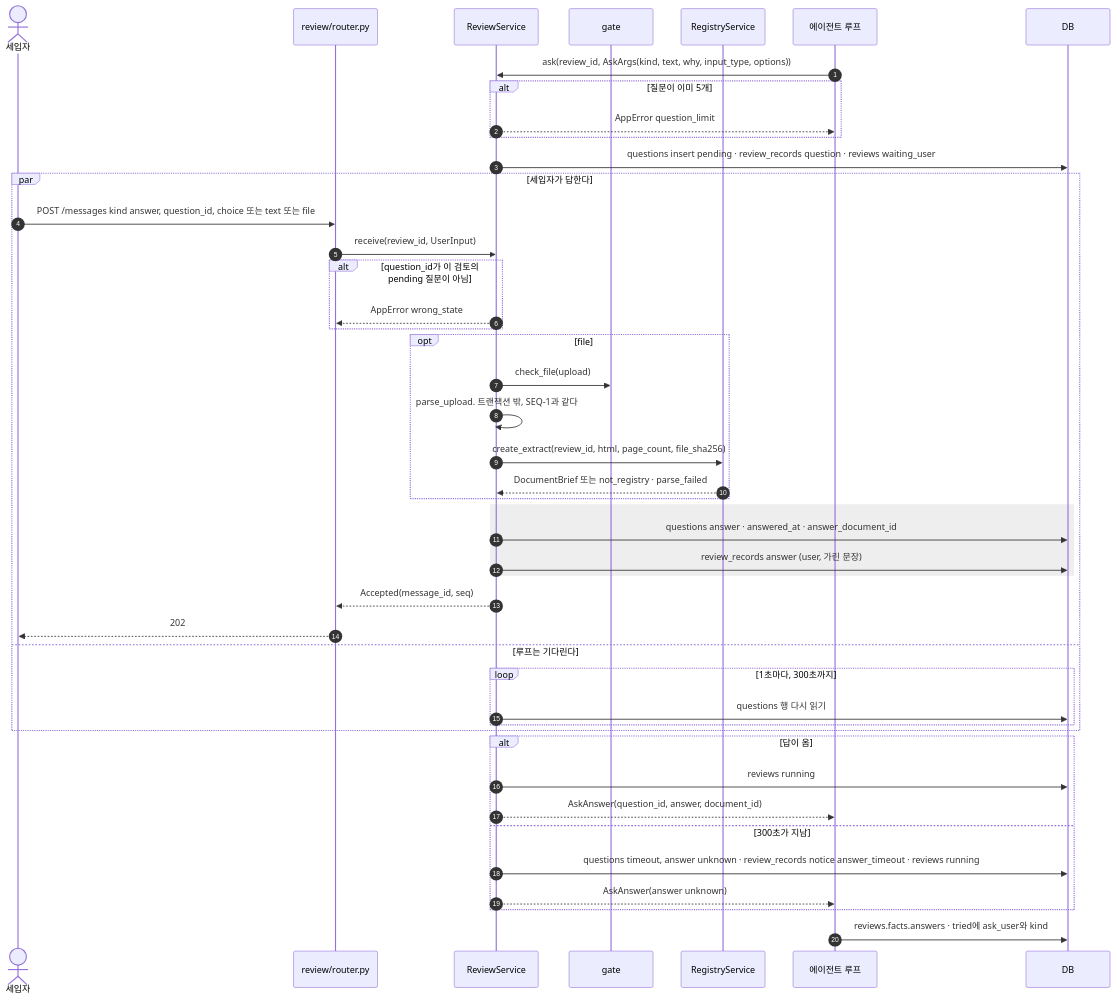
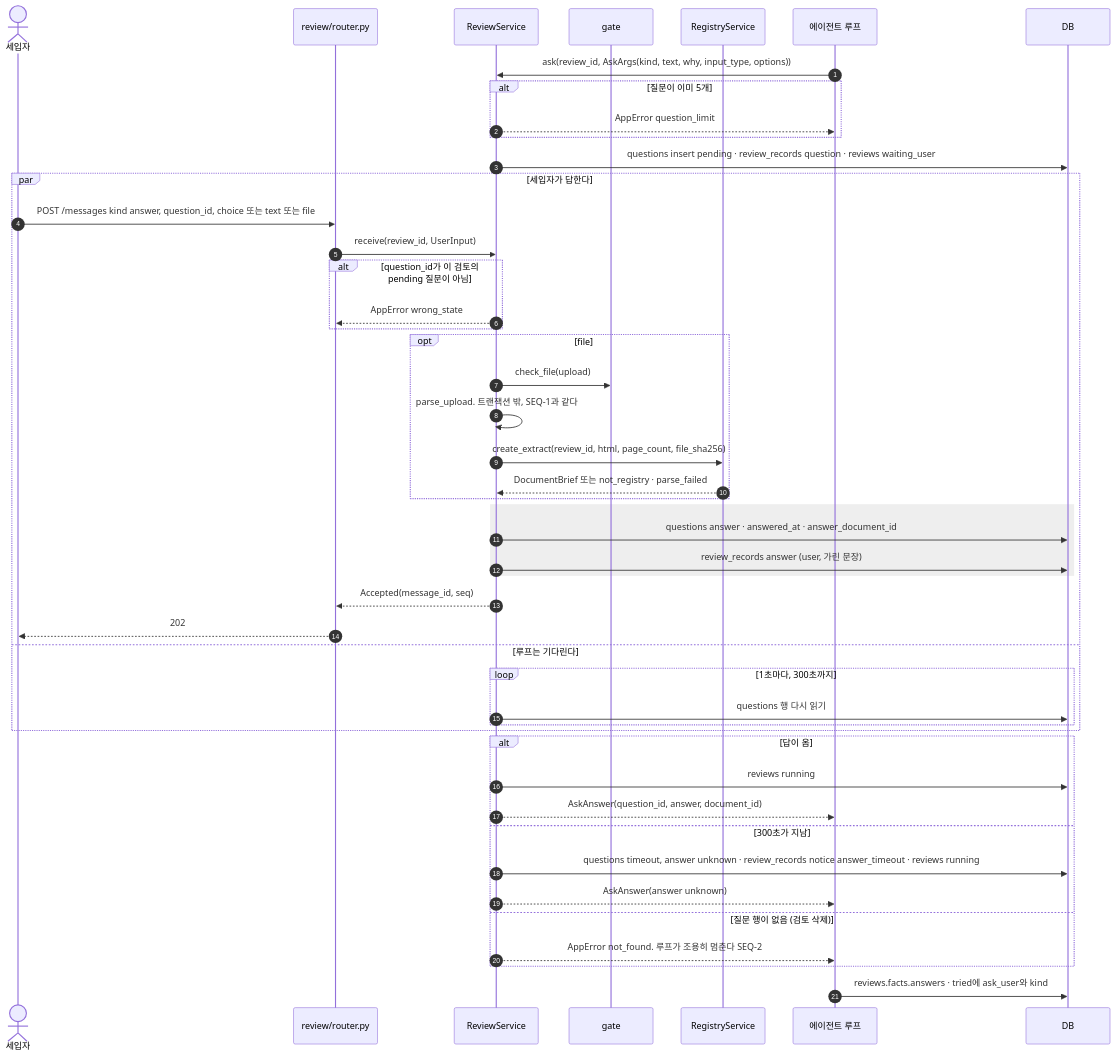
One commit to HoyoungParkme/deposit-guard changed the seventh of 20 diagrams in docs/specs/09-SEQ/JSD-SEQ-001.md. Above: the diagram before and after it, drawn with Mermaid. The commit also changed other lines of this file, not shown here.

````diff
--- a/docs/specs/09-SEQ/JSD-SEQ-001.md
+++ b/docs/specs/09-SEQ/JSD-SEQ-001.md
@@ -447,48 +455,50 @@
 ```mermaid
 sequenceDiagram
     autonumber
     actor U as 세입자
     participant WR as review/router.py
     participant RV as ReviewService
     participant GT as gate
     participant RS as RegistryService
     participant AG as 에이전트 루프
     participant DB
 
     AG->>RV: ask(review_id, AskArgs(kind, text, why, input_type, options))
     alt 질문이 이미 5개
         RV-->>AG: AppError question_limit
     end
     RV->>DB: questions insert pending · review_records question · reviews waiting_user
     par 세입자가 답한다
         U->>WR: POST /messages kind answer, question_id, choice 또는 text 또는 file
         WR->>RV: receive(review_id, UserInput)
         alt question_id가 이 검토의 pending 질문이 아님
             RV-->>WR: AppError wrong_state
         end
         opt file
             RV->>GT: check_file(upload)
             RV->>RV: parse_upload. 트랜잭션 밖, SEQ-1과 같다
             RV->>RS: create_extract(review_id, html, page_count, file_sha256)
             RS-->>RV: DocumentBrief 또는 not_registry · parse_failed
         end
         rect rgb(238, 238, 238)
             RV->>DB: questions answer · answered_at · answer_document_id
             RV->>DB: review_records answer (user, 가린 문장)
         end
         RV-->>WR: Accepted(message_id, seq)
         WR-->>U: 202
     and 루프는 기다린다
         loop 1초마다, 300초까지
             RV->>DB: questions 행 다시 읽기
         end
     end
     alt 답이 옴
         RV->>DB: reviews running
         RV-->>AG: AskAnswer(question_id, answer, document_id)
     else 300초가 지남
         RV->>DB: questions timeout, answer unknown · review_records notice answer_timeout · reviews running
         RV-->>AG: AskAnswer(answer unknown)
+    else 질문 행이 없음 (검토 삭제)
+        RV-->>AG: AppError not_found. 루프가 조용히 멈춘다 SEQ-2
     end
     AG->>DB: reviews.facts.answers · tried에 ask_user와 kind
 ```
````
